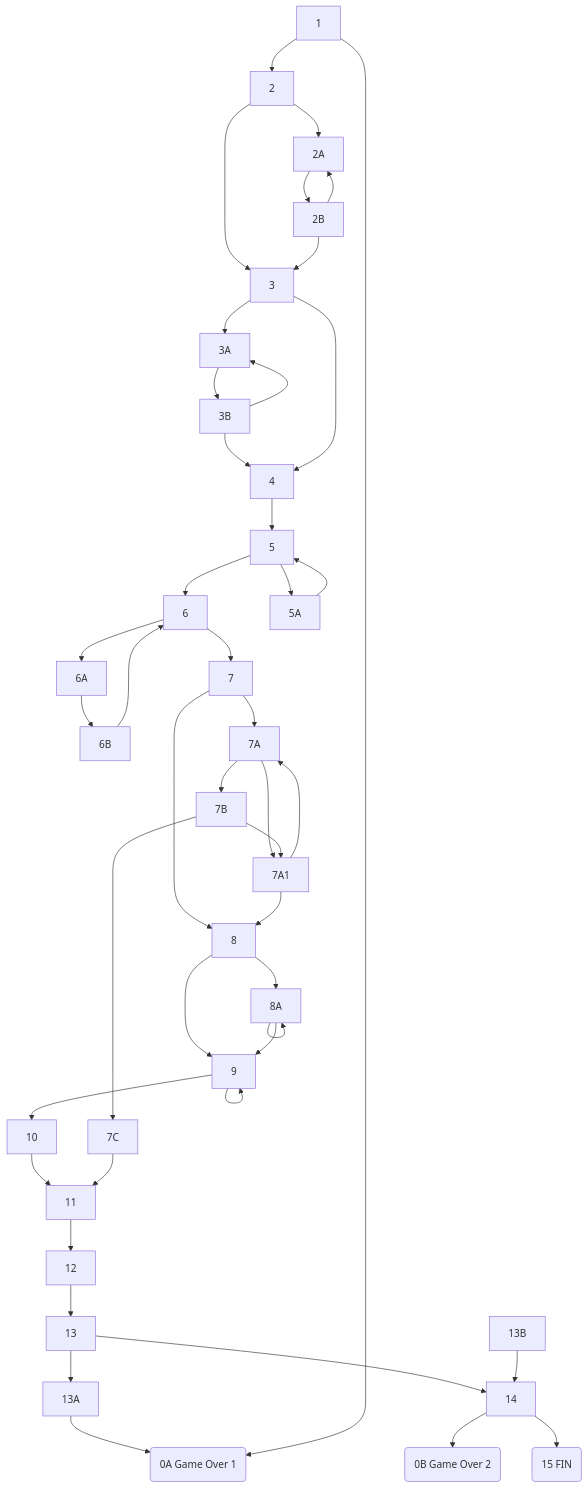
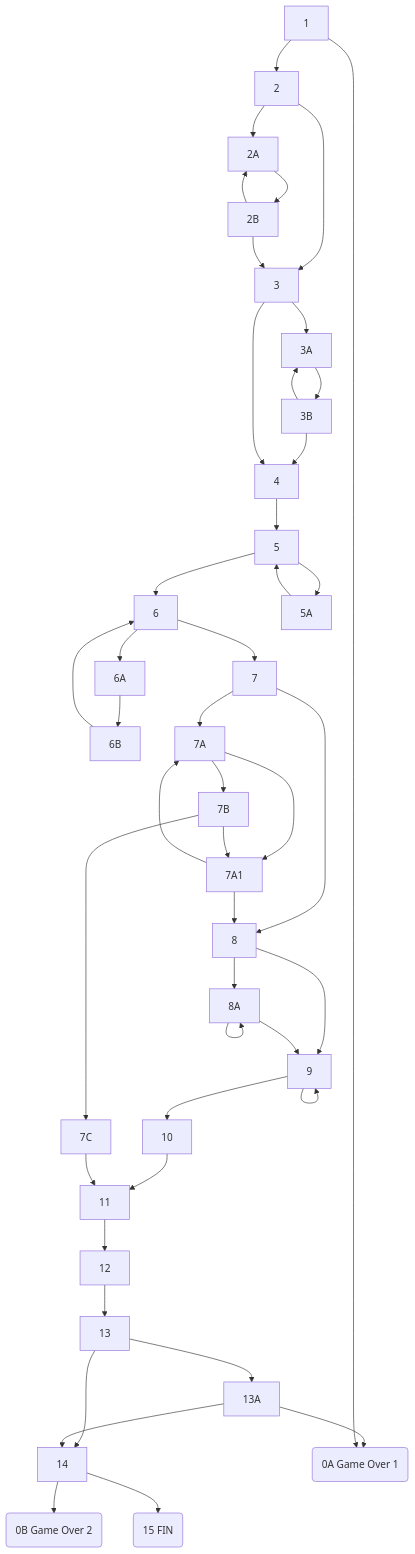
Before and after one commit to tecnibus5/EscapeRoomBUS: the third of 3 diagrams in README.md, drawn with Mermaid.

````diff
--- a/README.md
+++ b/README.md
@@ -403,47 +403,47 @@
 ```mermaid
 graph TD
     1 --> 2
     2 --> 2A
     2 --> 3
     2A --> 2B
     2B --> 2A
     2B --> 3
     3 --> 3A
     3A --> 3B
     3B --> 3A
     3B --> 4
     3 --> 4
     4 --> 5
     5 --> 5A
     5A --> 5
     5 --> 6
     6 --> 6A
     6A --> 6B
     6B --> 6
     6 --> 7
     7 --> 7A
     7 --> 8
     7A --> 7A1
     7A1 --> 7A
     7A --> 7B
     7B --> 7A1
     7B --> 7C
     7A1 --> 8
     8 --> 8A
     8A --> 8A
     8 --> 9
     8A --> 9
     9 --> 9
     9 --> 10
     10 --> 11
     7C --> 11
     11 --> 12
     12 --> 13
     13 --> 13A
     13A --> 0A:(0A Game Over 1)
     1 --> 0A:(0A Game Over 1)
     13 --> 14
-    13B --> 14
+    13A --> 14
     14 --> 0B:(0B Game Over 2)
     14 --> 15(15 FIN)
 ```
````
